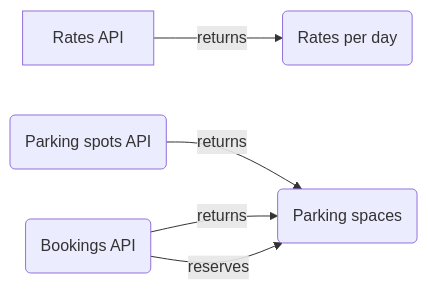
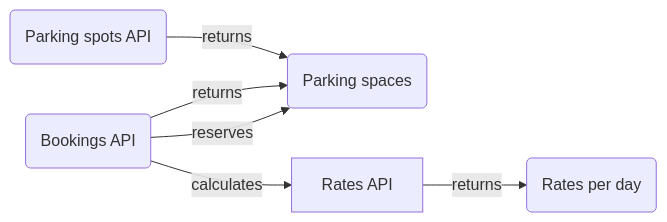
Before and after one commit to alsyedz-examples/parking-system: the diagram in README.md, drawn with Mermaid.

````diff
--- a/README.md
+++ b/README.md
@@ -3,13 +3,14 @@
 ```mermaid
 graph LR
 A[Rates API]
 B(Rates per day)
 C(Parking spots API)
 D(Parking spaces)
 E(Bookings API)
 
 A -- returns --> B
 C -- returns --> D
 E -- returns --> D
 E -- reserves --> D
+E -- calculates --> A
 ```
````
